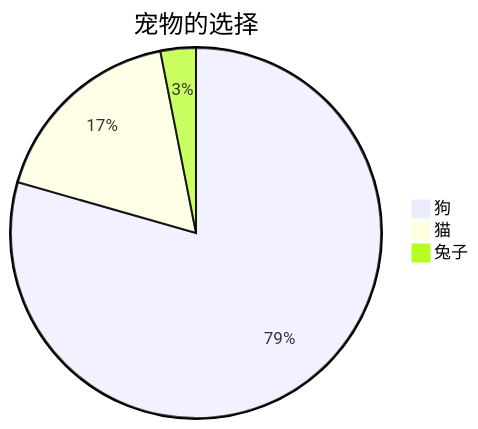
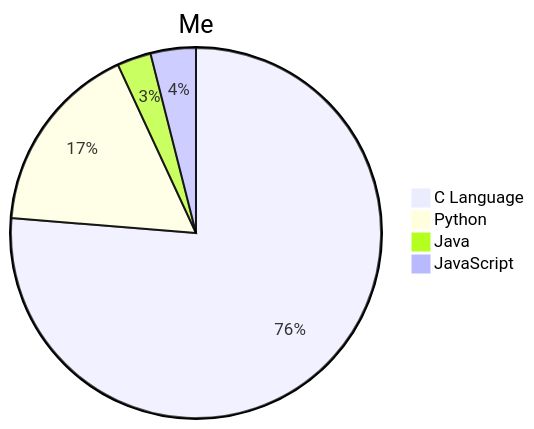
The diagram in README.md (shjhsj3/shjhsj3), drawn with Mermaid before and after one commit.

````diff
--- a/README.md
+++ b/README.md
@@ -1,6 +1,7 @@
 ```mermaid
-pie title 宠物的选择
-    "狗" : 386
-    "猫" : 85
-    "兔子" : 15 
+pie title Me
+    "C Language" : 386
+    "Python" : 85
+    "Java" : 15
+    "JavaScript" : 20
 ```
````
